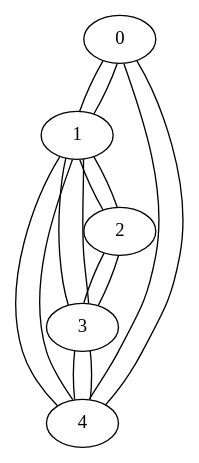
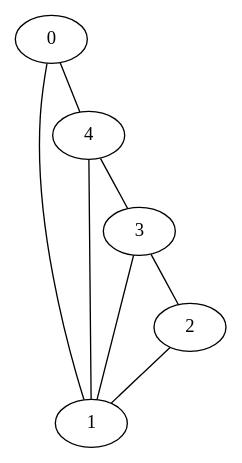
Before and after one commit to IshMehta/DSViz: the diagram in test-output/graph.gv, drawn with Graphviz. The commit also changed 2 other files, not shown here.

Commit message:
Working test for graph

```diff
--- a/test-output/graph.gv
+++ b/test-output/graph.gv
@@ -1,16 +1,9 @@
 graph {
 	0 -- 1
 	0 -- 4
-	1 -- 0
-	1 -- 4
-	1 -- 3
-	1 -- 2
-	2 -- 1
-	2 -- 3
+	4 -- 1
+	4 -- 3
 	3 -- 1
 	3 -- 2
-	3 -- 4
-	4 -- 0
-	4 -- 1
-	4 -- 3
+	2 -- 1
 }
```
